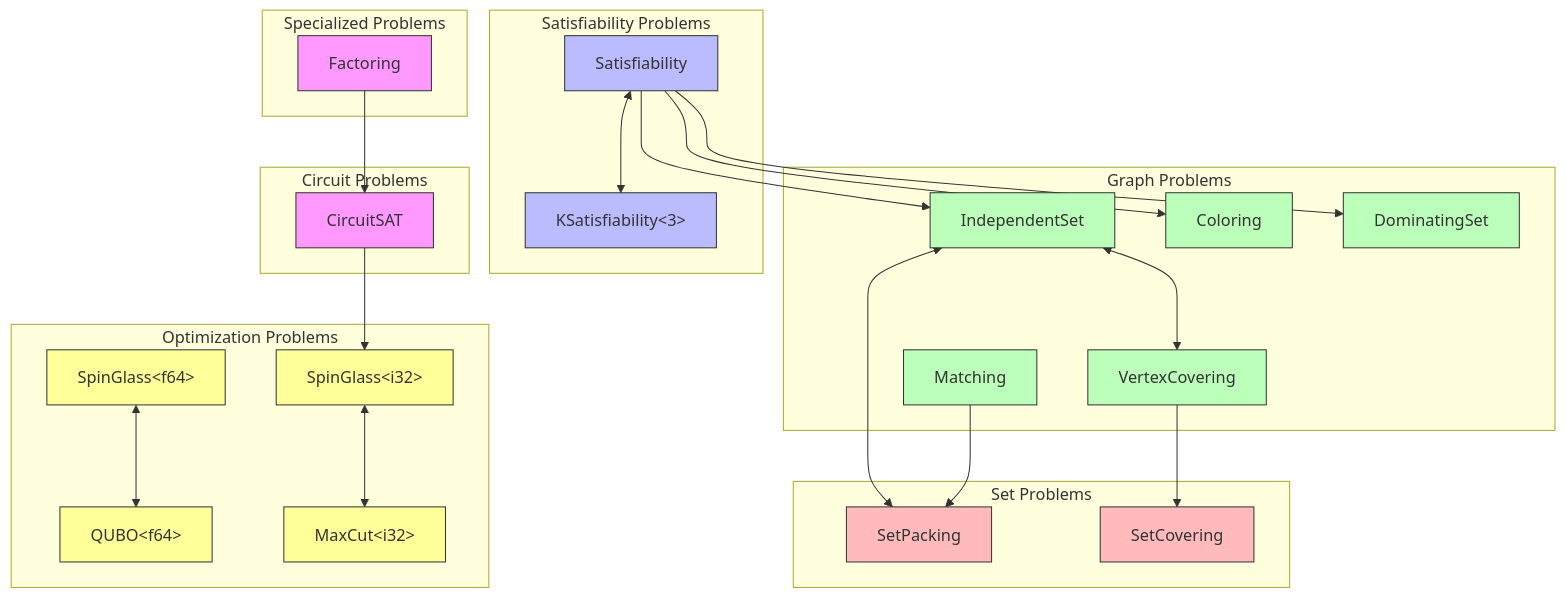
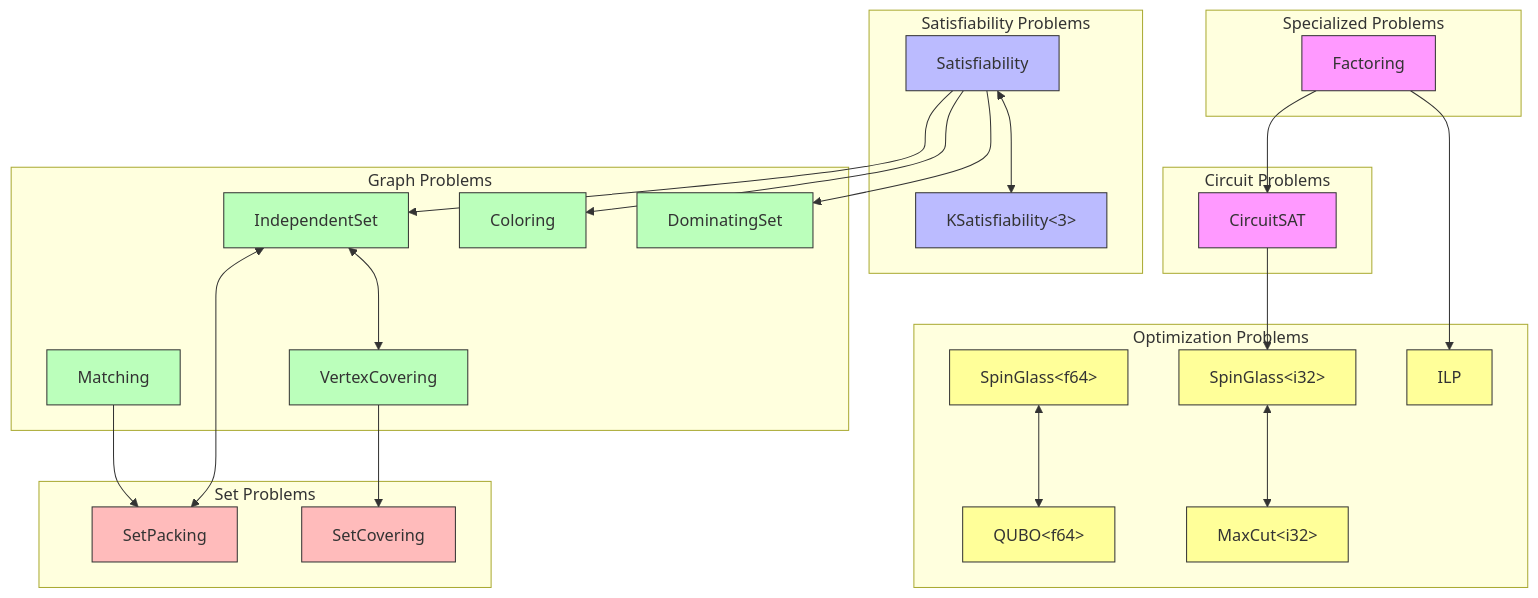
Before and after one commit to CodingThrust/problem-reductions: the diagram in docs/src/reductions/graph.md, drawn with Mermaid. The commit also changed other lines of this file and 6 other files, not shown here.

First line of the commit message:
feat: Implement Factoring → ILP reduction (issue #21) (#22)

````diff
--- a/docs/src/reductions/graph.md
+++ b/docs/src/reductions/graph.md
@@ -7,72 +7,75 @@
 ```mermaid
 flowchart TD
     subgraph Specialized["Specialized Problems"]
         Factoring
     end
 
     subgraph Circuit["Circuit Problems"]
         CircuitSAT
     end
 
     subgraph SAT["Satisfiability Problems"]
         Satisfiability
         KSat["KSatisfiability&lt;3&gt;"]
     end
 
     subgraph Graph["Graph Problems"]
         IS["IndependentSet"]
         VC["VertexCovering"]
         Coloring
         DS["DominatingSet"]
         Matching
     end
 
     subgraph Set["Set Problems"]
         SP["SetPacking"]
         SC["SetCovering"]
     end
 
     subgraph Optimization["Optimization Problems"]
         SG_i32["SpinGlass&lt;i32&gt;"]
         SG_f64["SpinGlass&lt;f64&gt;"]
         QUBO["QUBO&lt;f64&gt;"]
         MaxCut["MaxCut&lt;i32&gt;"]
+        ILP["ILP"]
     end
 
     %% Factoring chain
     Factoring --> CircuitSAT
+    Factoring --> ILP
     CircuitSAT --> SG_i32
 
     %% SAT reductions
     Satisfiability <--> KSat
     Satisfiability --> IS
     Satisfiability --> Coloring
     Satisfiability --> DS
 
     %% Graph problem reductions
     IS <--> VC
     IS <--> SP
     VC --> SC
     Matching --> SP
 
     %% Optimization reductions
     SG_f64 <--> QUBO
     SG_i32 <--> MaxCut
 
     %% Styling
     style Factoring fill:#f9f,stroke:#333
     style CircuitSAT fill:#f9f,stroke:#333
     style Satisfiability fill:#bbf,stroke:#333
     style KSat fill:#bbf,stroke:#333
     style IS fill:#bfb,stroke:#333
     style VC fill:#bfb,stroke:#333
     style Coloring fill:#bfb,stroke:#333
     style DS fill:#bfb,stroke:#333
     style Matching fill:#bfb,stroke:#333
     style SP fill:#fbb,stroke:#333
     style SC fill:#fbb,stroke:#333
     style SG_i32 fill:#ff9,stroke:#333
     style SG_f64 fill:#ff9,stroke:#333
     style QUBO fill:#ff9,stroke:#333
     style MaxCut fill:#ff9,stroke:#333
+    style ILP fill:#ff9,stroke:#333
 ```
````
